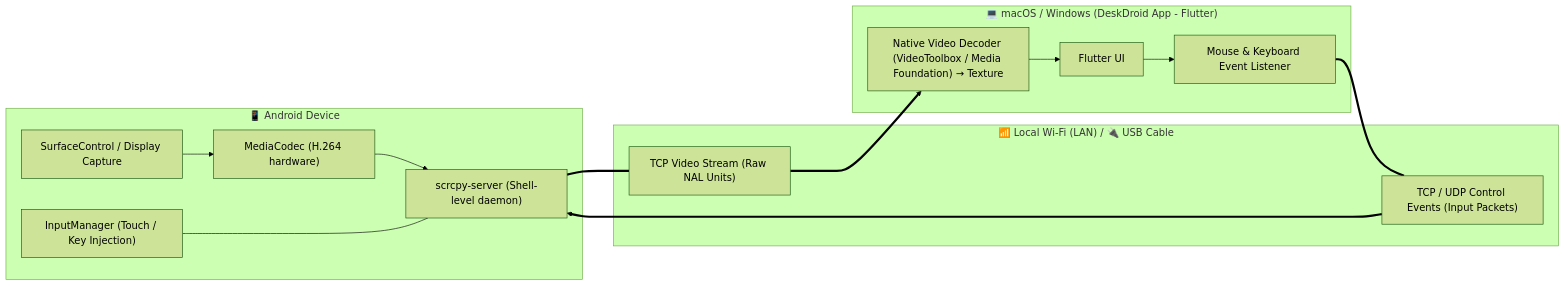
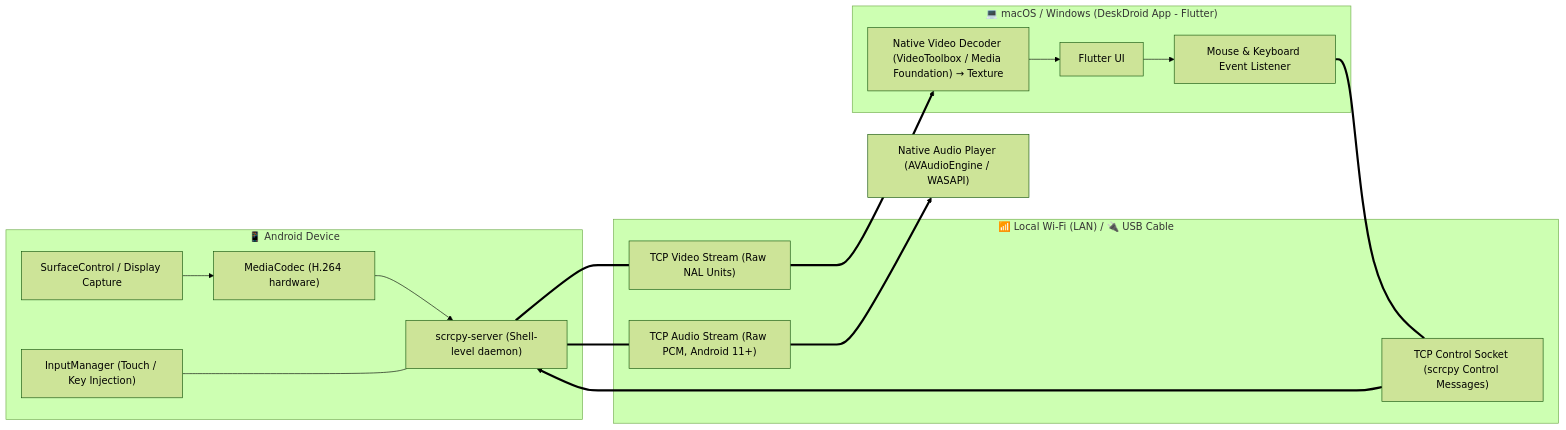
The diagram in README.md (az-coder-123/azdroid), drawn with Mermaid (forest theme) before and after one commit. The commit also changed other lines of this file and 18 other files, not shown here.

````diff
--- a/README.md
+++ b/README.md
@@ -160,21 +160,23 @@
 ```mermaid
 flowchart LR
     subgraph AndroidDevice ["📱 Android Device"]
         A1["SurfaceControl / Display Capture"] --> A2["MediaCodec (H.264 hardware)"]
         A2 --> A3["scrcpy-server (Shell-level daemon)"]
         A4["InputManager (Touch / Key Injection)"] <--- A3
     end
 
     subgraph Transport ["📶 Local Wi-Fi (LAN) / 🔌 USB Cable"]
         V_STREAM["TCP Video Stream (Raw NAL Units)"]
-        C_SOCKET["TCP / UDP Control Events (Input Packets)"]
+        A_STREAM["TCP Audio Stream (Raw PCM, Android 11+)"]
+        C_SOCKET["TCP Control Socket (scrcpy Control Messages)"]
     end
 
     subgraph DesktopApp ["💻 macOS / Windows (DeskDroid App - Flutter)"]
         M1["Flutter UI"] --> M2["Mouse & Keyboard Event Listener"]
         M3["Native Video Decoder (VideoToolbox / Media Foundation) → Texture"] --> M1
     end
 
     A3 === V_STREAM ===> M3
+    A3 === A_STREAM ===> M4["Native Audio Player (AVAudioEngine / WASAPI)"]
     M2 === C_SOCKET ===> A3
 ```
````
